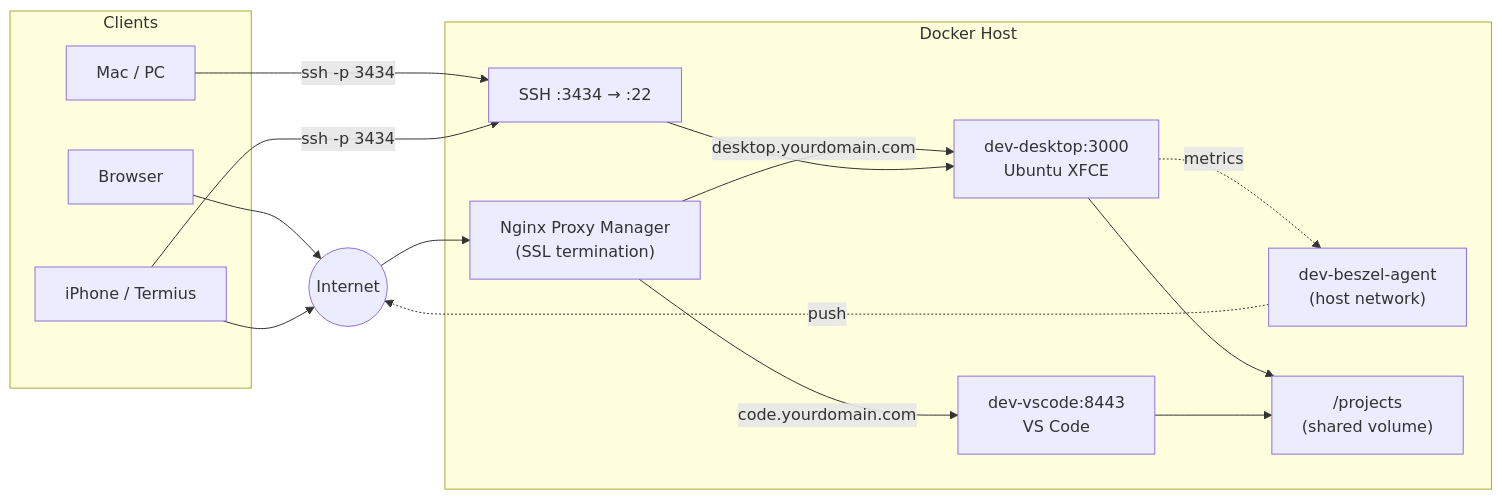
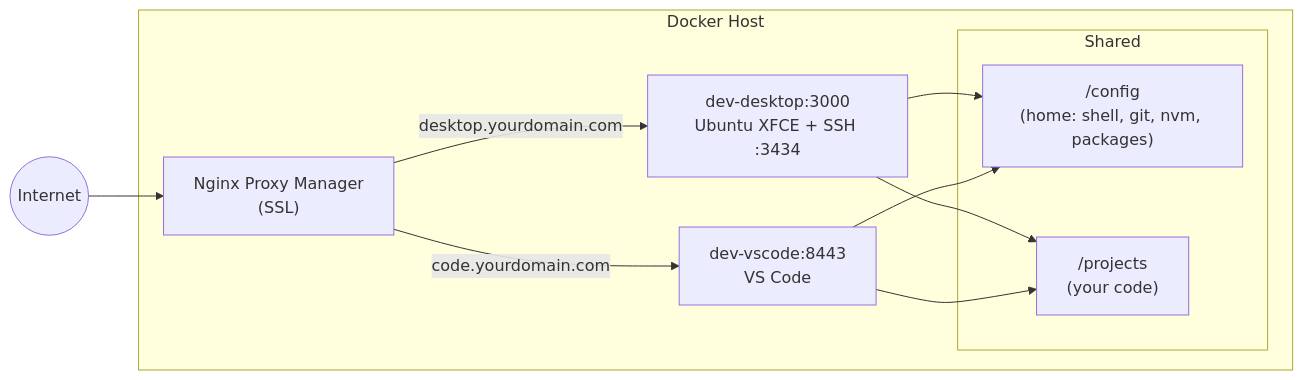
One commit to Piero24/Cloud-Dev-Desktop changed the diagram in .github/README.md. Above: the diagram before and after it, drawn with Mermaid. The commit also changed other lines of this file, not shown here.

Commit message:
feat: enhance README for clarity and detail on architecture and features

````diff
--- a/.github/README.md
+++ b/.github/README.md
@@ -48,32 +23,22 @@
 ```mermaid
 flowchart LR
     Internet((Internet))
 
-    subgraph Server["Docker Host"]
-        NPM["Nginx Proxy Manager\n(SSL termination)"]
-        Desktop["dev-desktop:3000\nUbuntu XFCE"]
+    subgraph Host["Docker Host"]
+        NPM["Nginx Proxy Manager\n(SSL)"]
+        subgraph Volumes["Shared"]
+            Config["/config\n(home: shell, git, nvm, packages)"]
+            Projects["/projects\n(your code)"]
+        end
+        Desktop["dev-desktop:3000\nUbuntu XFCE + SSH :3434"]
         Code["dev-vscode:8443\nVS Code"]
-        Beszel["dev-beszel-agent\n(host network)"]
-        SSH["SSH :3434 → :22"]
-        Projects["/projects\n(shared volume)"]
-    end
-
-    subgraph Clients["Clients"]
-        Browser["Browser"]
-        Mac["Mac / PC"]
-        Phone["iPhone / Termius"]
     end
 
     Internet --> NPM
     NPM -->|"desktop.yourdomain.com"| Desktop
     NPM -->|"code.yourdomain.com"| Code
+    Desktop --> Config
     Desktop --> Projects
+    Code --> Config
     Code --> Projects
-    Mac -->|"ssh -p 3434"| SSH
-    Phone -->|"ssh -p 3434"| SSH
-    SSH --> Desktop
-    Browser --> Internet
-    Phone --> Internet
-    Desktop -.->|"metrics"| Beszel
-    Beszel -.->|"push"| Internet
 ```
````
